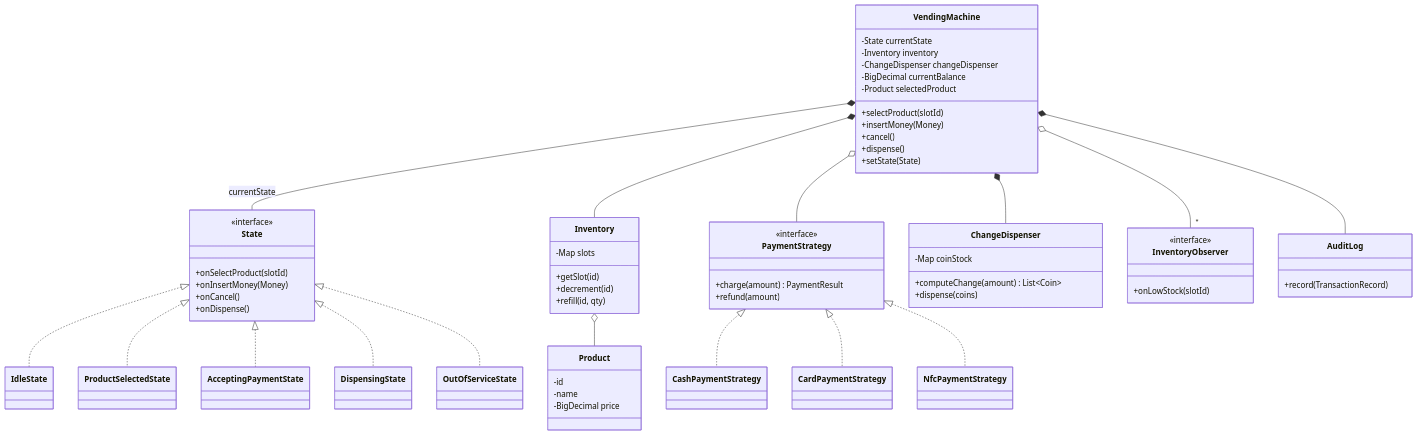
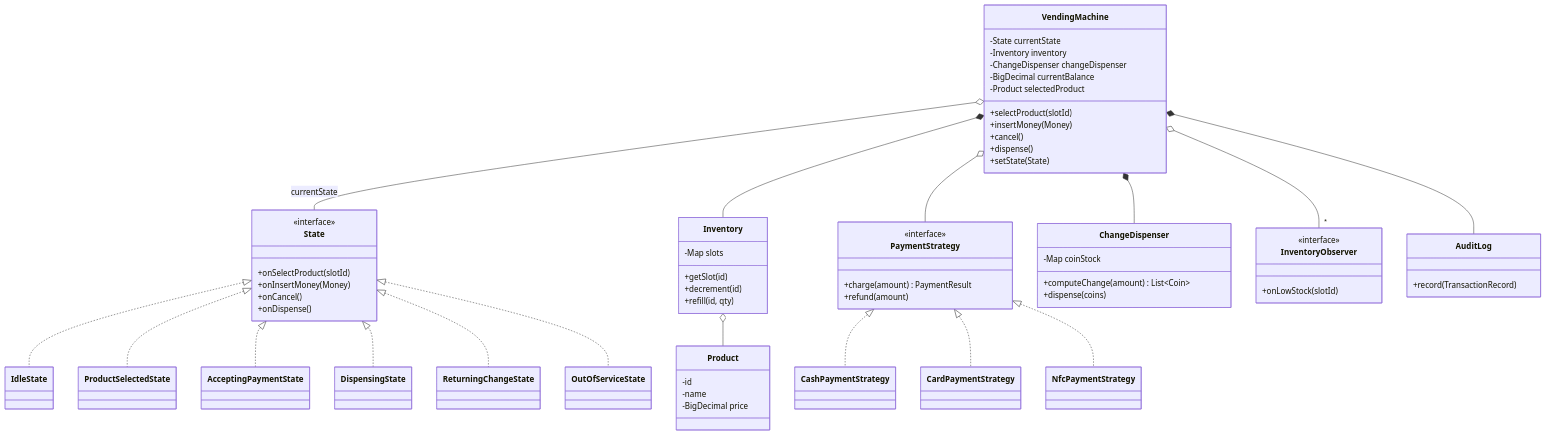
The second of 4 diagrams in cheatsheets/interview/system-design/design-vending-machine-oo-interview.md (akeverus/cheat-sheet), drawn with Mermaid before and after one commit. The commit also changed other lines of this file, not shown here.

First line of the commit message:
fix(interview): vending-machine — 83 дефекта теории закрыты до пересборки MCQ

```diff
--- a/cheatsheets/interview/system-design/design-vending-machine-oo-interview.md
+++ b/cheatsheets/interview/system-design/design-vending-machine-oo-interview.md
@@ -295,6 +320,7 @@
     class ProductSelectedState
     class AcceptingPaymentState
     class DispensingState
+    class ReturningChangeState
     class OutOfServiceState
 
     class Product {
@@ -335,11 +361,12 @@
         +record(TransactionRecord)
     }
 
-    VendingMachine *-- State : currentState
+    VendingMachine o-- State : currentState
     State <|.. IdleState
     State <|.. ProductSelectedState
     State <|.. AcceptingPaymentState
     State <|.. DispensingState
+    State <|.. ReturningChangeState
     State <|.. OutOfServiceState
     VendingMachine *-- Inventory
     VendingMachine *-- ChangeDispenser
```
